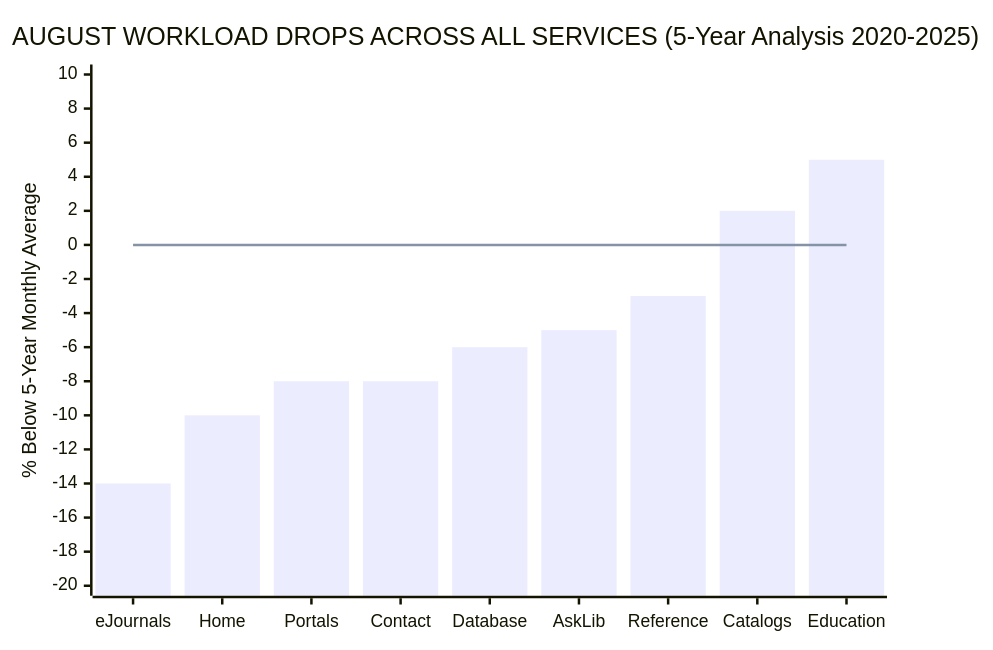
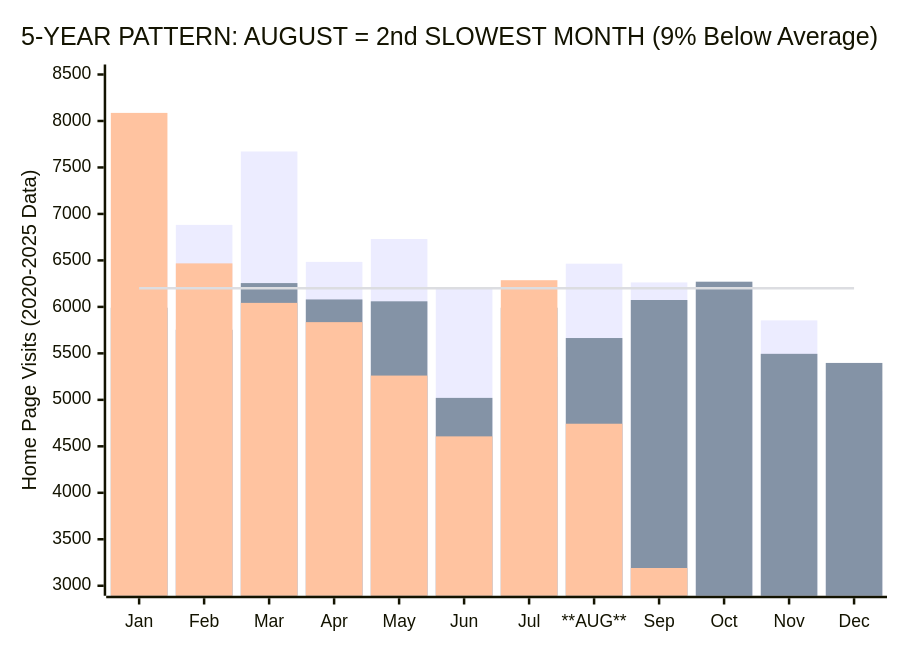
Before and after one commit to patrick1981/august-analysis: the diagram in service-drop.mmd, drawn with Mermaid.

```diff
--- a/service-drop.mmd
+++ b/service-drop.mmd
@@ -1,6 +1,8 @@
 xychart-beta
-    title "AUGUST WORKLOAD DROPS ACROSS ALL SERVICES (5-Year Analysis 2020-2025)"
-    x-axis [eJournals, Home, Portals, Contact, Database, AskLib, Reference, Catalogs, Education]
-    y-axis "% Below 5-Year Monthly Average" -20 --> 10
-    bar [-14, -10, -8, -8, -6, -5, -3, 2, 5]
-    line [0, 0, 0, 0, 0, 0, 0, 0, 0]
+    title "5-YEAR PATTERN: AUGUST = 2nd SLOWEST MONTH (9% Below Average)"
+    x-axis [Jan, Feb, Mar, Apr, May, Jun, Jul, "**AUG**", Sep, Oct, Nov, Dec]
+    y-axis "Home Page Visits (2020-2025 Data)" 3000 --> 8500
+    bar [7151, 6882, 7672, 6484, 6730, 6212, 5461, 6465, 6263, 6242, 5855, 5093]
+    bar [5991, 5754, 6256, 6080, 6060, 5021, 5991, 5665, 6074, 6271, 5495, 5397]
+    bar [8087, 6468, 6043, 5836, 5261, 4607, 6287, 4743, 3191, 0, 0, 0]
+    line [6200, 6200, 6200, 6200, 6200, 6200, 6200, 6200, 6200, 6200, 6200, 6200]
```
